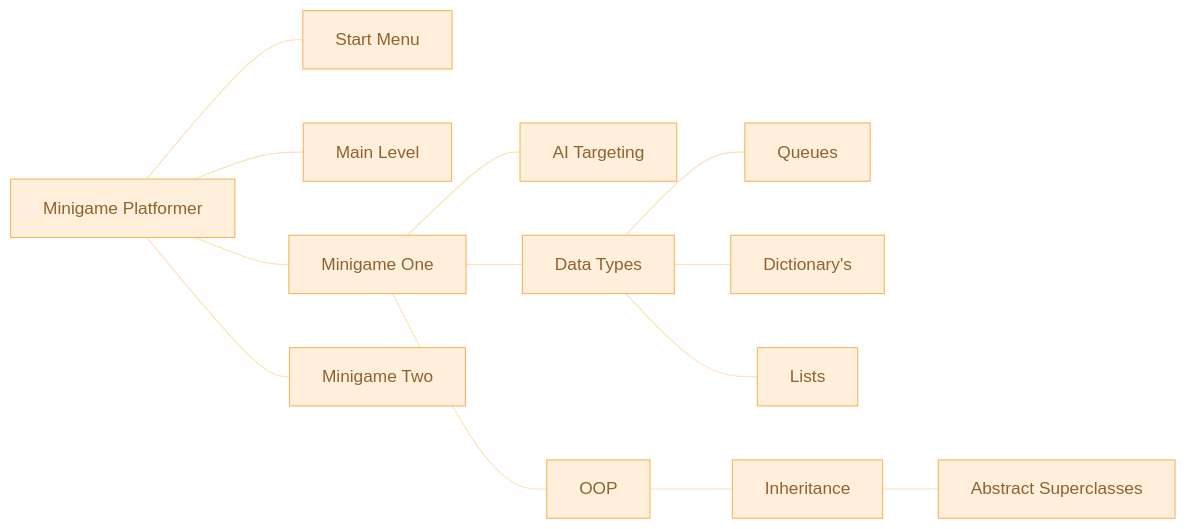
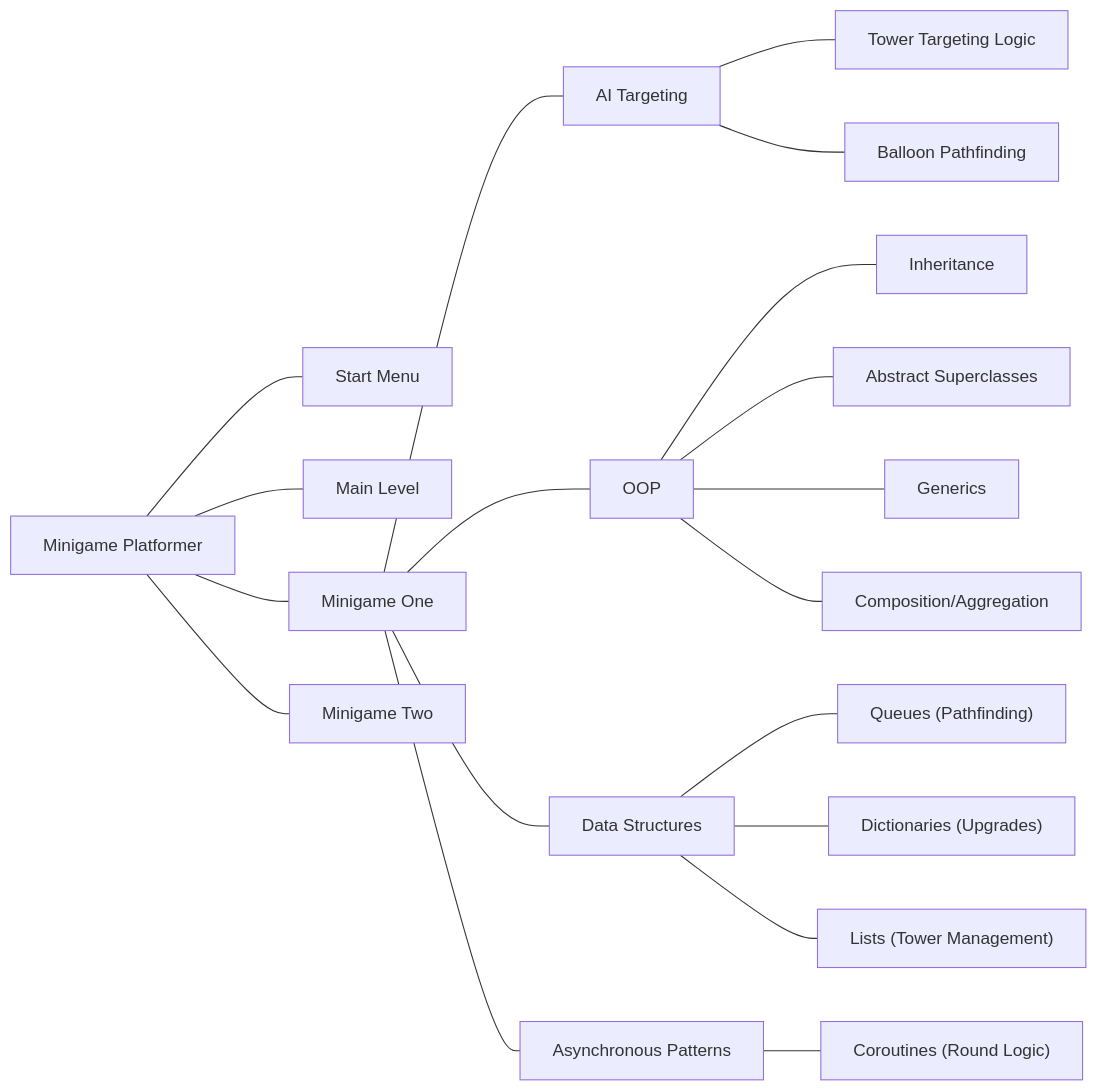
One commit to eConnah/School-Notes changed the first of 3 diagrams in School-Notes/Computer Science/NEA/Minigame Platformer - NEA.md. Above: the diagram before and after it, drawn with Mermaid. The commit also changed other lines of this file and 2 other files, not shown here.

````diff
--- a/School-Notes/Computer Science/NEA/Minigame Platformer - NEA.md
+++ b/School-Notes/Computer Science/NEA/Minigame Platformer - NEA.md
@@ -302,73 +308,15 @@
 ```mermaid
----
-
-config:
-
-  layout: elk
-
----
-
 flowchart LR
 
     AA["Minigame Platformer"] --- AB["Start Menu"] & AC["Main Level"] & AD["Minigame One"] & AE["Minigame Two"]
 
-    AD --- n1["AI Targeting"] & n2["OOP"] & n3["Data Types"]
+    AD --- n1["AI Targeting"] & n2["OOP"] & n3["Data Structures"] & n9["Asynchronous Patterns"]
 
-    n3 --- n4["Queues"] & n7@{ label: "Dictionary's" } & n8["Lists"]
+    n1 --- n11["Tower Targeting Logic"] & n12["Balloon Pathfinding"]
 
-    n2 --- n6["Inheritance"]
+    n2 --- n6["Inheritance"] & n5["Abstract Superclasses"] & n13["Generics"] & n14["Composition/Aggregation"]
 
-    n6 --- n5["Abstract Superclasses"]
+    n3 --- n4["Queues (Pathfinding)"] & n7["Dictionaries (Upgrades)"] & n8["Lists (Tower Management)"]
 
-     AA:::Peach
-
-     AB:::Peach
-
-     AC:::Peach
-
-     AD:::Peach
-
-     AE:::Peach
-
-     n1:::Peach
-
-     n2:::Peach
-
-     n3:::Peach
-
-     n4:::Peach
-
-     n7:::Peach
-
-     n8:::Peach
-
-     n6:::Peach
-
-     n5:::Peach
-
-    classDef Peach stroke-width:1px, stroke-dasharray:none, stroke:#FBB35A, fill:#FFEFDB, color:#8F632D
-
-    linkStyle 0 stroke:#FFE0B2,fill:none
-
-    linkStyle 1 stroke:#FFE0B2,fill:none
-
-    linkStyle 2 stroke:#FFE0B2,fill:none
-
-    linkStyle 3 stroke:#FFE0B2,fill:none
-
-    linkStyle 4 stroke:#FFE0B2,fill:none
-
-    linkStyle 5 stroke:#FFE0B2,fill:none
-
-    linkStyle 6 stroke:#FFE0B2,fill:none
-
-    linkStyle 7 stroke:#FFE0B2,fill:none
-
-    linkStyle 8 stroke:#FFE0B2,fill:none
-
-    linkStyle 9 stroke:#FFE0B2,fill:none
-
-    linkStyle 10 stroke:#FFE0B2,fill:none
-
-    linkStyle 11 stroke:#FFE0B2,fill:none
+    n9 --- n10["Coroutines (Round Logic)"]
 ```
````
